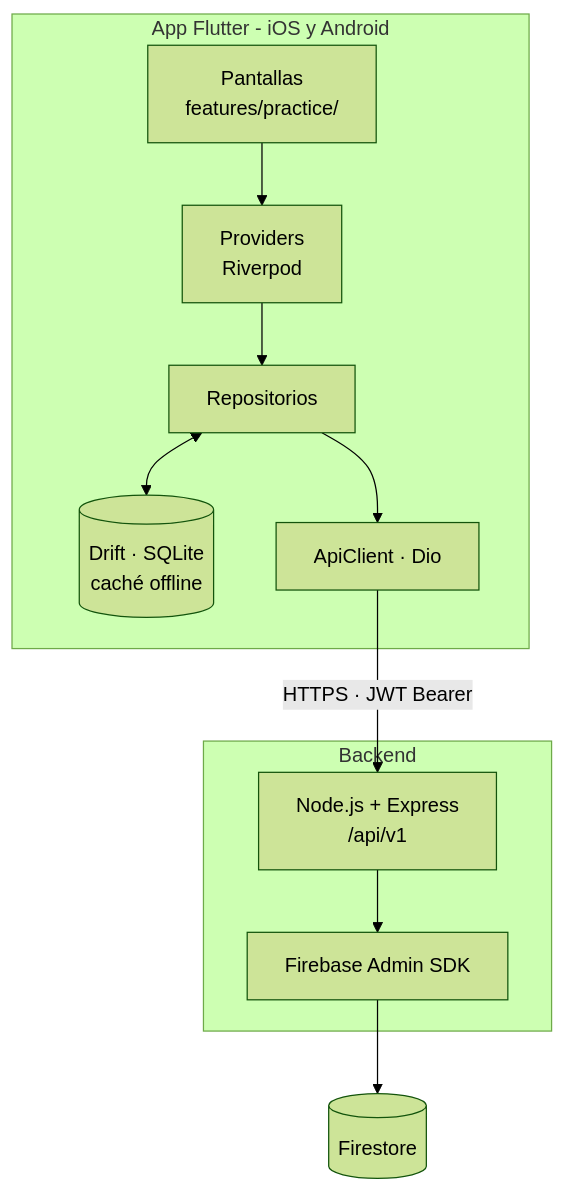
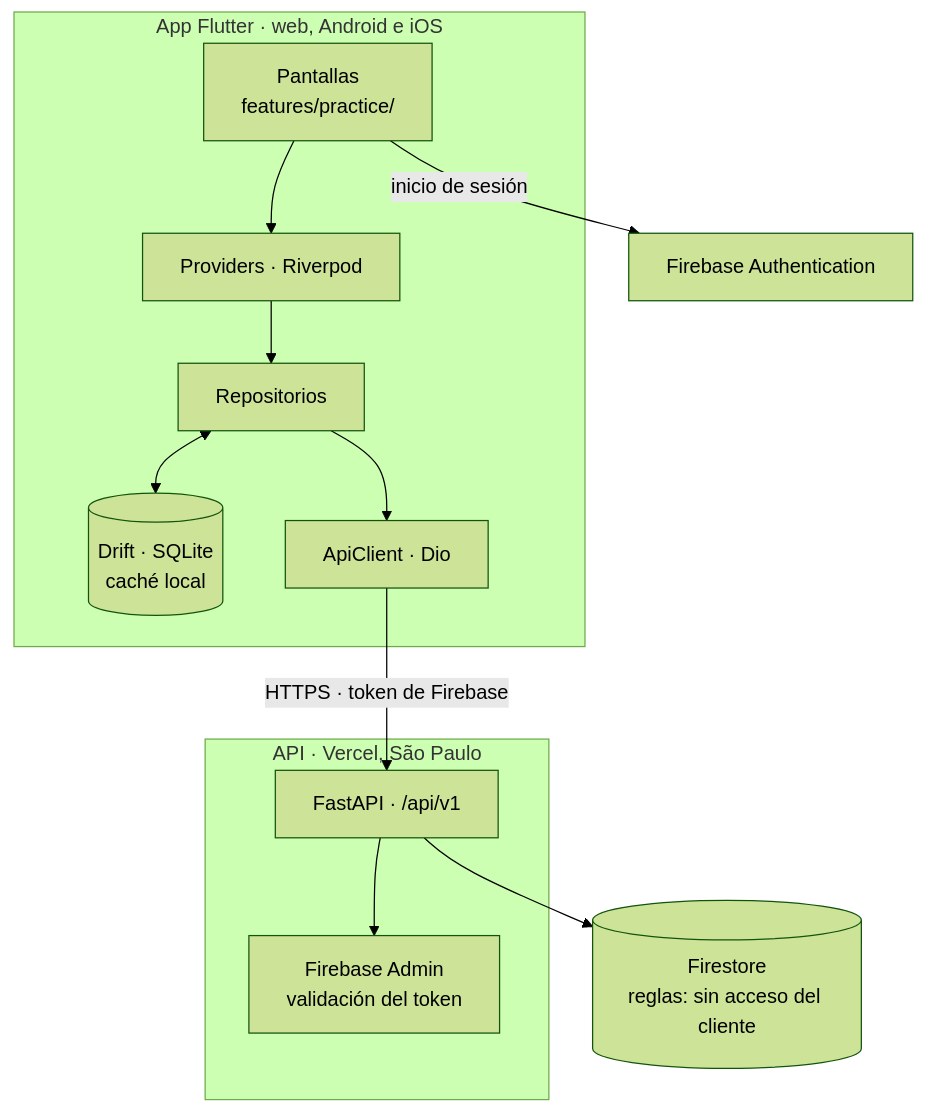
One commit to Jere4k1080/G9_seb.acevedoa_mart.espinozam_je.fernandezm changed the diagram in README.md. Above: the diagram before and after it, drawn with Mermaid (forest theme). The commit also changed other lines of this file, not shown here.

````diff
--- a/README.md
+++ b/README.md
@@ -135,25 +117,26 @@
 ```mermaid
 flowchart TD
-    subgraph client["App Flutter - iOS y Android"]
+    subgraph app["App Flutter · web, Android e iOS"]
         UI["Pantallas<br/>features/practice/"]
-        PROV["Providers<br/>Riverpod"]
+        PROV["Providers · Riverpod"]
         REPO["Repositorios"]
-        CACHE[("Drift · SQLite<br/>caché offline")]
+        CACHE[("Drift · SQLite<br/>caché local")]
         API["ApiClient · Dio"]
     end
 
-    subgraph server["Backend"]
-        EXPRESS["Node.js + Express<br/>/api/v1"]
-        SDK["Firebase Admin SDK"]
+    AUTH["Firebase Authentication"]
+
+    subgraph server["API · Vercel, São Paulo"]
+        FAST["FastAPI · /api/v1"]
+        ADMIN["Firebase Admin<br/>validación del token"]
     end
 
-    DB[("Firestore")]
+    DB[("Firestore<br/>reglas: sin acceso del cliente")]
 
-    UI --> PROV
-    PROV --> REPO
-    REPO --> API
+    UI --> PROV --> REPO --> API
     REPO <--> CACHE
-    API -->|"HTTPS · JWT Bearer"| EXPRESS
-    EXPRESS --> SDK
-    SDK --> DB
+    UI -->|"inicio de sesión"| AUTH
+    API -->|"HTTPS · token de Firebase"| FAST
+    FAST --> ADMIN
+    FAST --> DB
 ```
````
